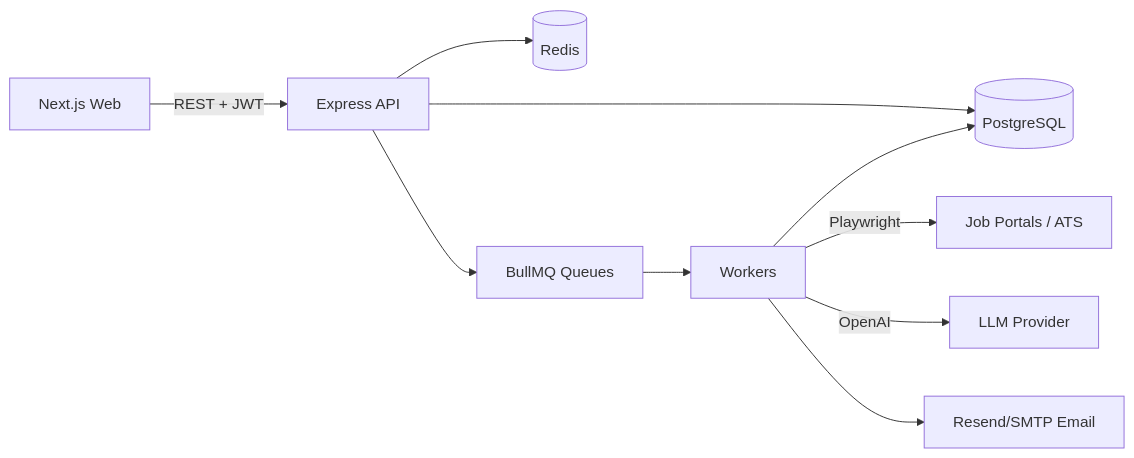
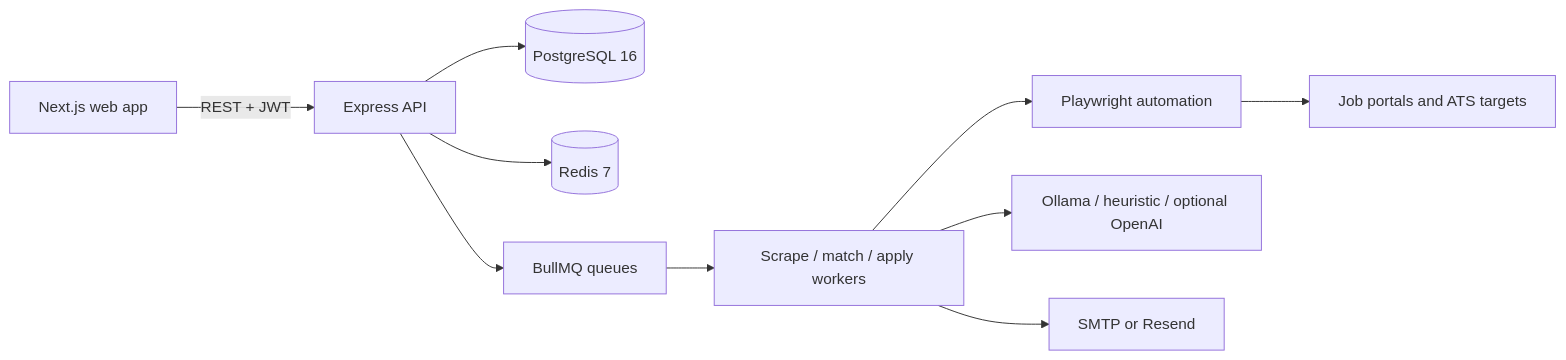
One commit to hamnajamila/autoapply changed the diagram in README.md. Above: the diagram before and after it, drawn with Mermaid. The commit also changed other lines of this file and 51 other files, not shown here.

````diff
--- a/README.md
+++ b/README.md
@@ -30,12 +32,12 @@
 ```mermaid
 flowchart LR
-  Web[Next.js Web] -->|REST + JWT| API[Express API]
-  API --> DB[(PostgreSQL)]
-  API --> R[(Redis)]
-  API --> Q[BullMQ Queues]
-  Q --> W[Workers]
-  W --> DB
-  W -->|Playwright| Portals[Job Portals / ATS]
-  W -->|OpenAI| LLM[LLM Provider]
-  W --> Email[Resend/SMTP Email]
+  Web["Next.js web app"] -->|REST + JWT| API["Express API"]
+  API --> DB[("PostgreSQL 16")]
+  API --> Redis[("Redis 7")]
+  API --> Queues["BullMQ queues"]
+  Queues --> Workers["Scrape / match / apply workers"]
+  Workers --> Browser["Playwright automation"]
+  Workers --> AI["Ollama / heuristic / optional OpenAI"]
+  Workers --> Email["SMTP or Resend"]
+  Browser --> Portals["Job portals and ATS targets"]
 ```
````
